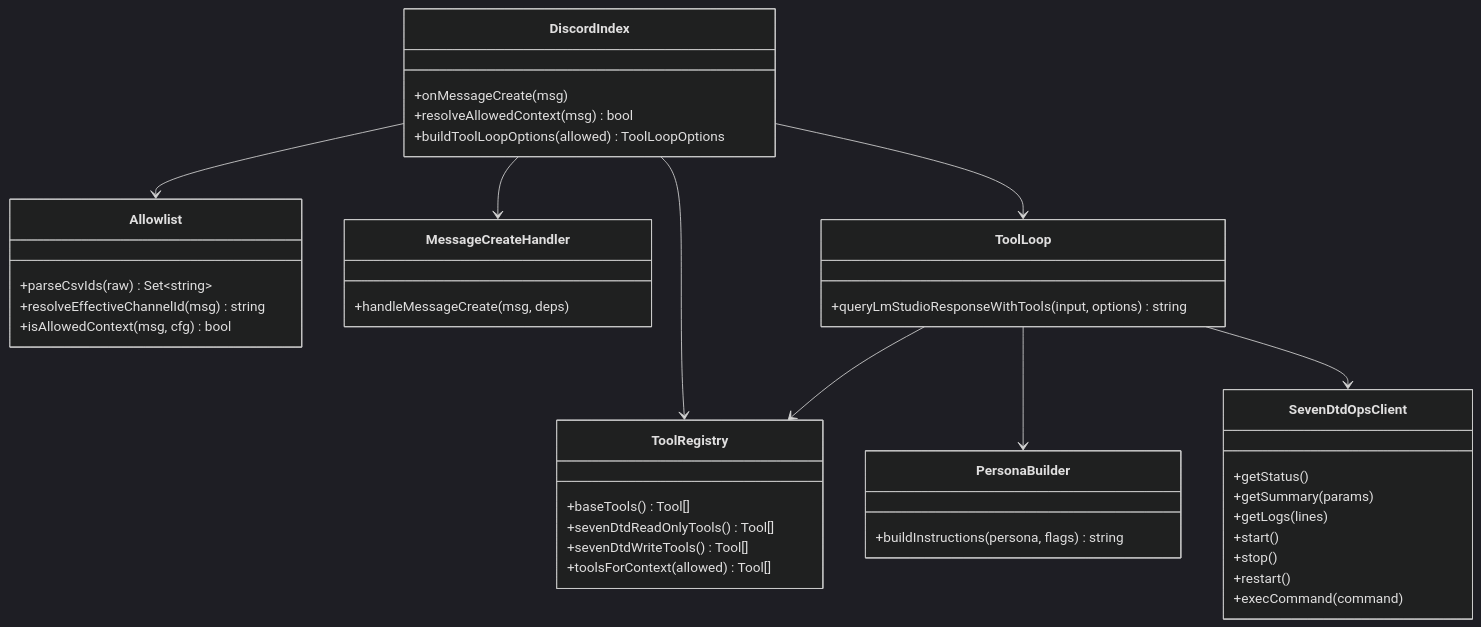
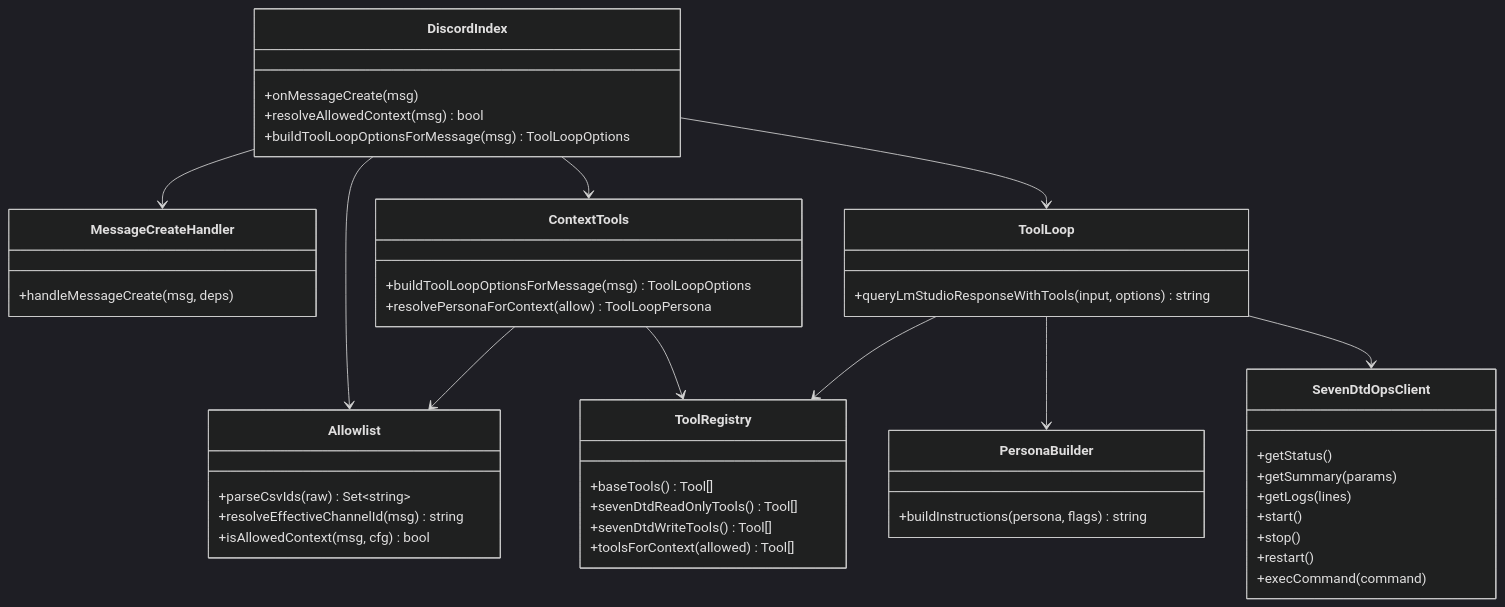
Before and after one commit to masahide/llm-gate: the first of 2 diagrams in doc/plan/260208-s01-conditional-7dtd-tools-persona.md, drawn with Mermaid (dark theme). The commit also changed other lines of this file and 16 other files, not shown here.

First line of the commit message:
feat: Implement 7 Days to Die server tools and context management

````diff
--- a/doc/plan/260208-s01-conditional-7dtd-tools-persona.md
+++ b/doc/plan/260208-s01-conditional-7dtd-tools-persona.md
@@ -230,51 +230,58 @@
 ```mermaid
 classDiagram
   class DiscordIndex {
     +onMessageCreate(msg)
     +resolveAllowedContext(msg) bool
-    +buildToolLoopOptions(allowed) ToolLoopOptions
+    +buildToolLoopOptionsForMessage(msg) ToolLoopOptions
   }
 
   class Allowlist {
     +parseCsvIds(raw) Set~string~
     +resolveEffectiveChannelId(msg) string
     +isAllowedContext(msg, cfg) bool
   }
 
   class MessageCreateHandler {
     +handleMessageCreate(msg, deps)
+  }
+
+  class ContextTools {
+    +buildToolLoopOptionsForMessage(msg) ToolLoopOptions
+    +resolvePersonaForContext(allow) ToolLoopPersona
   }
 
   class ToolLoop {
     +queryLmStudioResponseWithTools(input, options) string
   }
 
   class ToolRegistry {
     +baseTools() Tool[]
     +sevenDtdReadOnlyTools() Tool[]
     +sevenDtdWriteTools() Tool[]
     +toolsForContext(allowed) Tool[]
   }
 
   class PersonaBuilder {
     +buildInstructions(persona, flags) string
   }
 
   class SevenDtdOpsClient {
     +getStatus()
     +getSummary(params)
     +getLogs(lines)
     +start()
     +stop()
     +restart()
     +execCommand(command)
   }
 
   DiscordIndex --> Allowlist
   DiscordIndex --> MessageCreateHandler
-  DiscordIndex --> ToolRegistry
+  DiscordIndex --> ContextTools
+  ContextTools --> ToolRegistry
+  ContextTools --> Allowlist
   DiscordIndex --> ToolLoop
   ToolLoop --> PersonaBuilder
   ToolLoop --> ToolRegistry
   ToolLoop --> SevenDtdOpsClient
 ```
````
